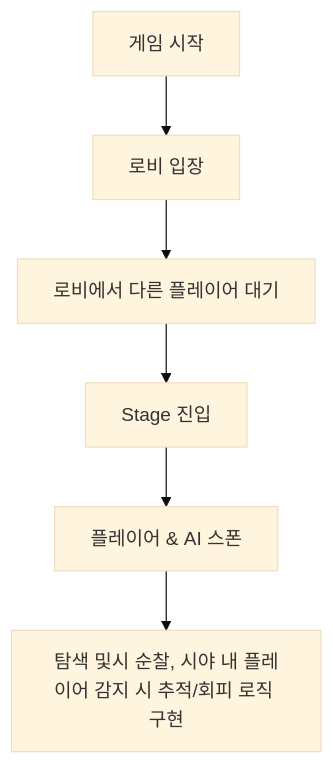
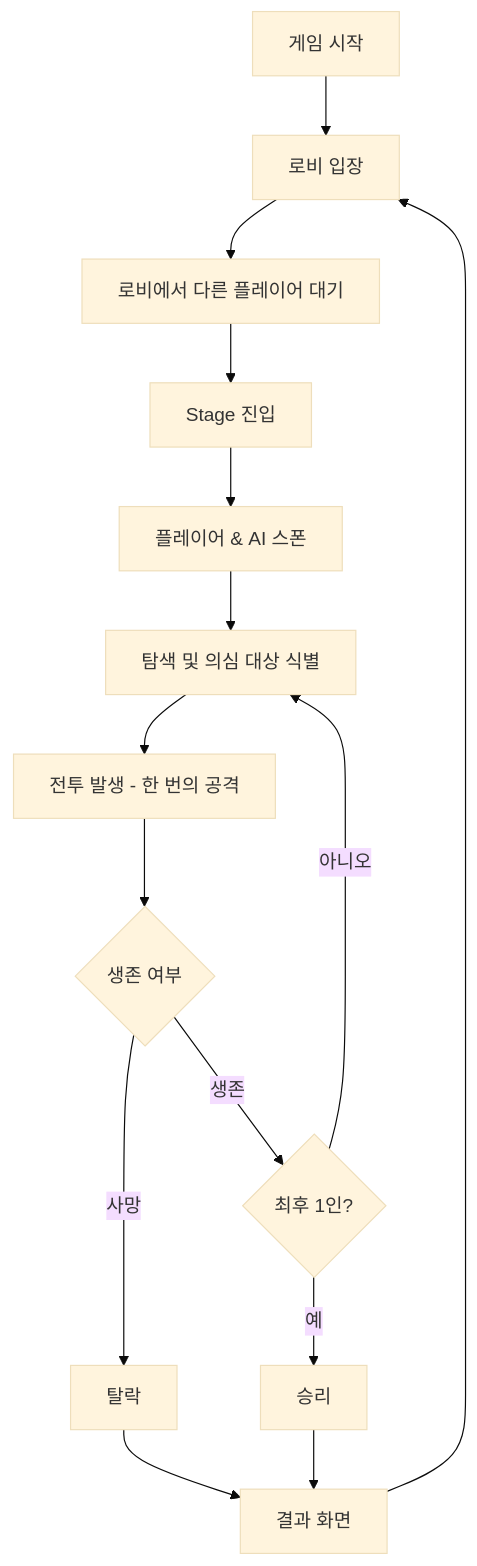
Before and after one commit to NbcampUnreal/3rd_4th-Team6-CH4-Project: the diagram in README.md, drawn with Mermaid (base theme).

````diff
--- a/README.md
+++ b/README.md
@@ -23,8 +23,17 @@
 ```mermaid
 flowchart TD
     A[게임 시작] --> B[로비 입장]
     B --> C[로비에서 다른 플레이어 대기]
     C --> D[Stage 진입]
     D --> E[플레이어 & AI 스폰]
-    E --> F[탐색 및시 순찰, 시야 내 플레이어 감지 시 추적/회피 로직 구현]
+    E --> F[탐색 및 의심 대상 식별]
+    F --> G[전투 발생 - 한 번의 공격]
+    G --> H{생존 여부}
+    H -->|사망| I[탈락]
+    H -->|생존| J{최후 1인?}
+    J -->|아니오| F
+    J -->|예| K[승리]
+    I --> L[결과 화면]
+    K --> L
+    L --> B
 ```
````
